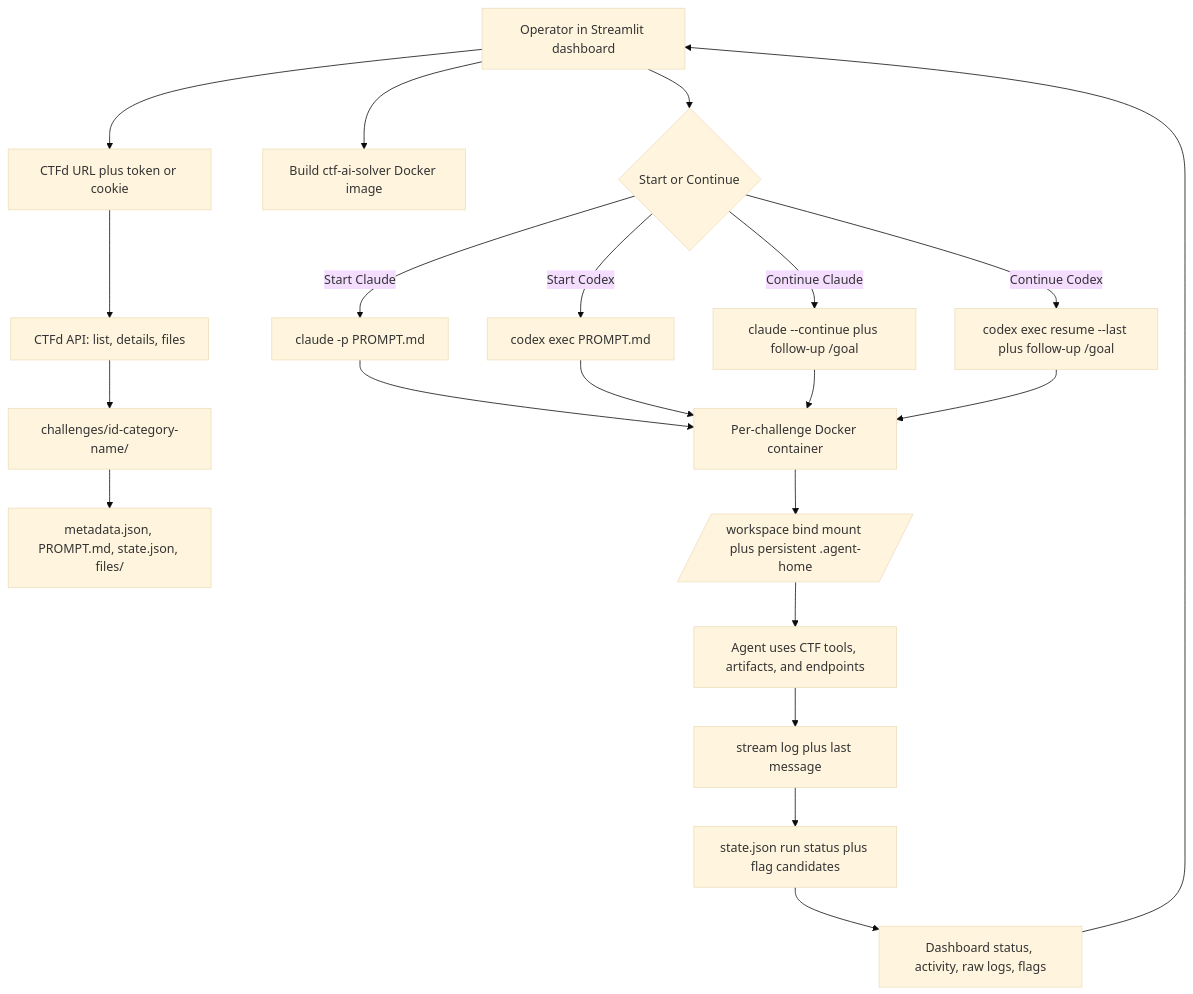
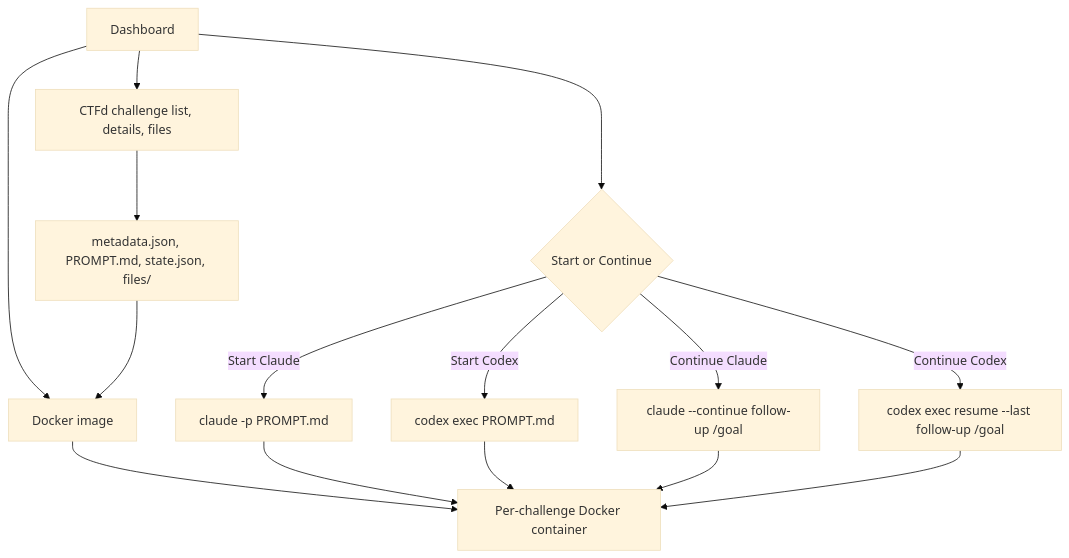
Before and after one commit to bryanseah234/ctfsolver: the diagram in README.md, drawn with Mermaid (base theme). The commit also changed other lines of this file, not shown here.

````diff
--- a/README.md
+++ b/README.md
@@ -9,23 +9,17 @@
 ```mermaid
 flowchart TD
-    Operator[Operator in Streamlit dashboard] --> CTFd[CTFd URL plus token or cookie]
-    CTFd --> API[CTFd API: list, details, files]
-    API --> Workspace[challenges/id-category-name/]
-    Workspace --> Prompt[metadata.json, PROMPT.md, state.json, files/]
-    Operator --> Image[Build ctf-ai-solver Docker image]
-    Operator --> Action{Start or Continue}
+    Dashboard --> CTFd[CTFd challenge list, details, files]
+    CTFd --> Workspace[metadata.json, PROMPT.md, state.json, files/]
+    Dashboard --> Image[Docker image]
+    Workspace --> Image
+    Image --> Container
+    Dashboard --> Action{Start or Continue}
     Action -->|Start Claude| ClaudeStart[claude -p PROMPT.md]
     Action -->|Start Codex| CodexStart[codex exec PROMPT.md]
-    Action -->|Continue Claude| ClaudeContinue[claude --continue plus follow-up /goal]
-    Action -->|Continue Codex| CodexContinue[codex exec resume --last plus follow-up /goal]
+    Action -->|Continue Claude| ClaudeContinue[claude --continue follow-up /goal]
+    Action -->|Continue Codex| CodexContinue[codex exec resume --last follow-up /goal]
     ClaudeStart --> Container[Per-challenge Docker container]
     CodexStart --> Container
     ClaudeContinue --> Container
     CodexContinue --> Container
-    Container --> Mount[/workspace bind mount plus persistent .agent-home/]
-    Mount --> Solve[Agent uses CTF tools, artifacts, and endpoints]
-    Solve --> Output[stream log plus last message]
-    Output --> State[state.json run status plus flag candidates]
-    State --> Dashboard[Dashboard status, activity, raw logs, flags]
-    Dashboard --> Operator
 ```
````
